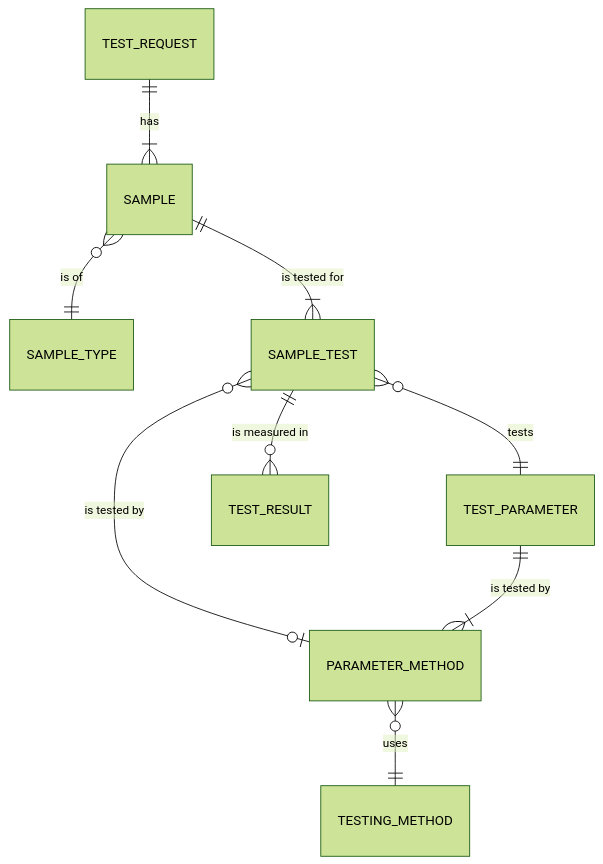
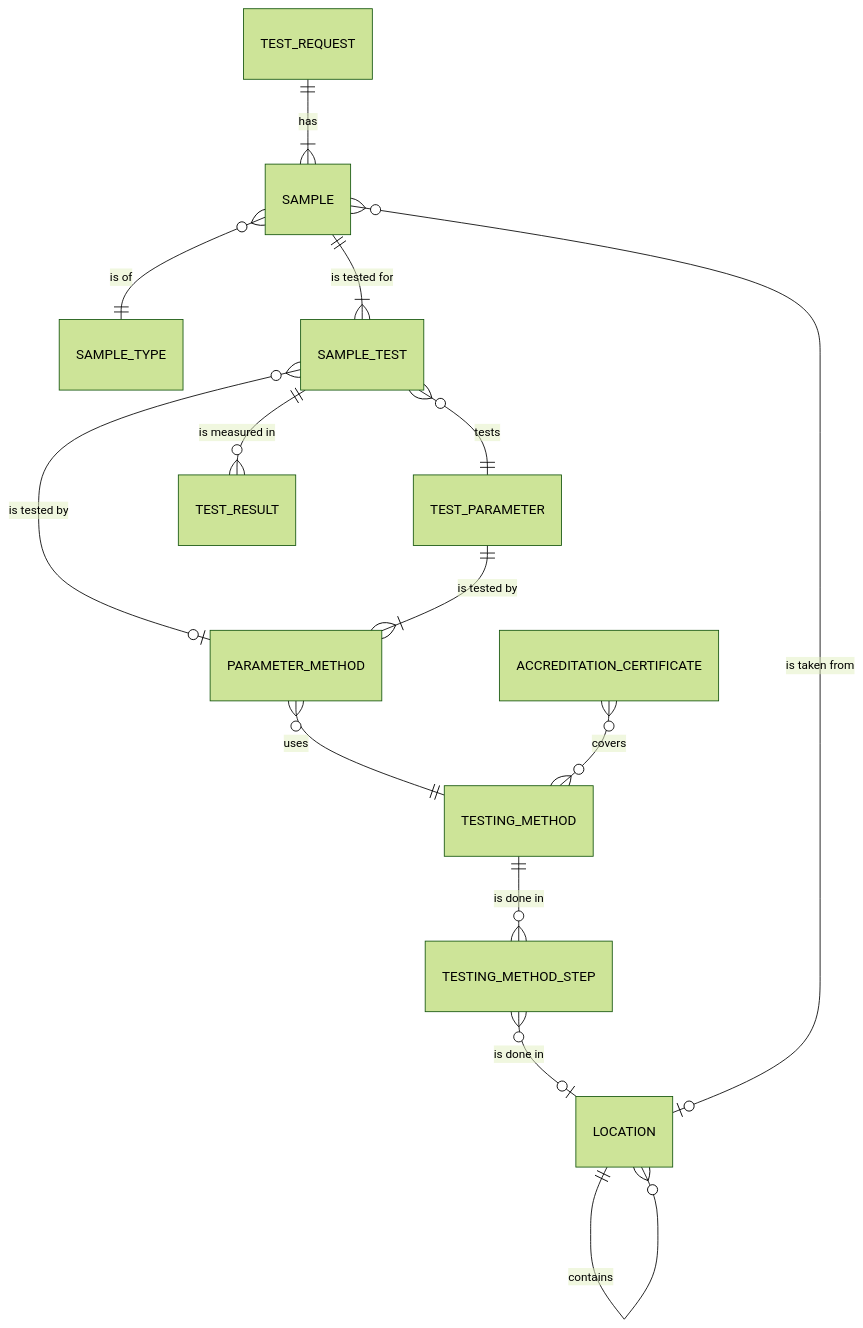
Before and after one commit to SoltuneMontepre/medilab: the first of 6 diagrams in docs/functional/laboratory_module/overview.md, drawn with Mermaid (forest theme). The commit also changed other lines of this file and 10 other files, not shown here.

First line of the commit message:
[docs] Add testing method steps and update related documentation (#115)

````diff
--- a/docs/functional/laboratory_module/overview.md
+++ b/docs/functional/laboratory_module/overview.md
@@ -14,11 +14,16 @@
 ```mermaid
 erDiagram
     TEST_REQUEST ||--|{ SAMPLE : has
     SAMPLE }o--|| SAMPLE_TYPE : "is of"
     SAMPLE ||--|{ SAMPLE_TEST : "is tested for"
     SAMPLE_TEST }o--|| TEST_PARAMETER : tests
     SAMPLE_TEST }o--o| PARAMETER_METHOD : "is tested by"
     TEST_PARAMETER ||--|{ PARAMETER_METHOD : "is tested by"
     PARAMETER_METHOD }o--|| TESTING_METHOD : uses
+    TESTING_METHOD ||--o{ TESTING_METHOD_STEP : "is done in"
+    LOCATION ||--o{ LOCATION : contains
+    TESTING_METHOD_STEP }o--o| LOCATION : "is done in"
+    SAMPLE }o--o| LOCATION : "is taken from"
+    ACCREDITATION_CERTIFICATE }o--o{ TESTING_METHOD : covers
     SAMPLE_TEST ||--o{ TEST_RESULT : "is measured in"
 ```
````
